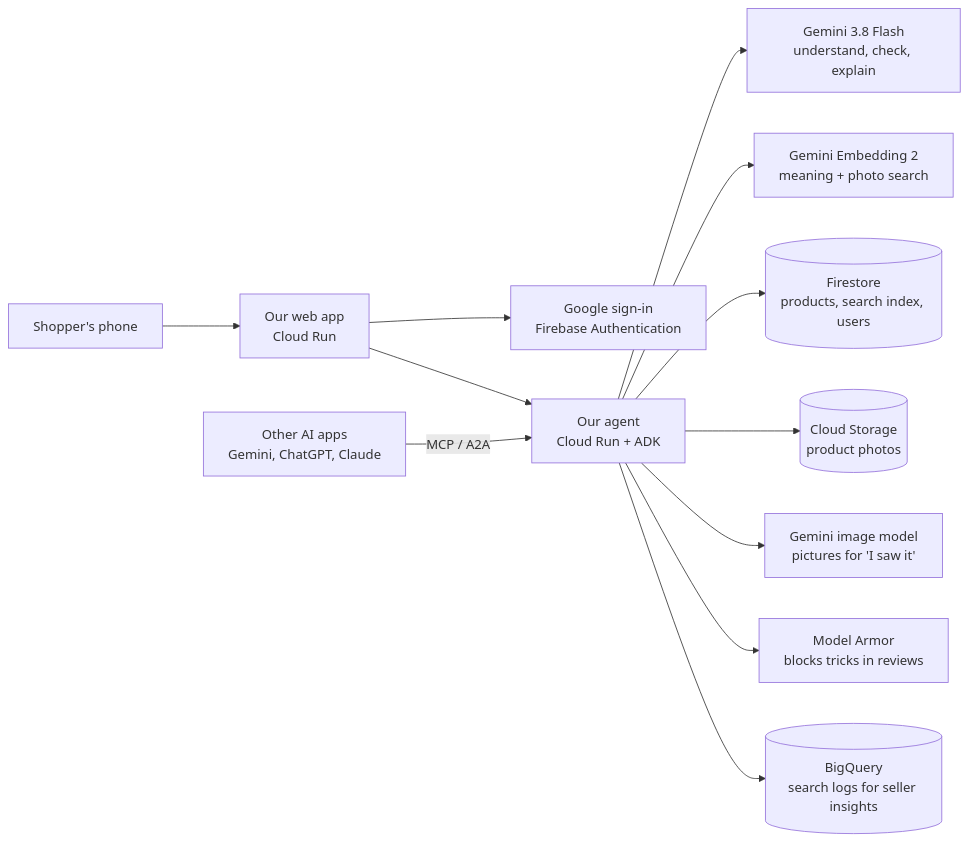
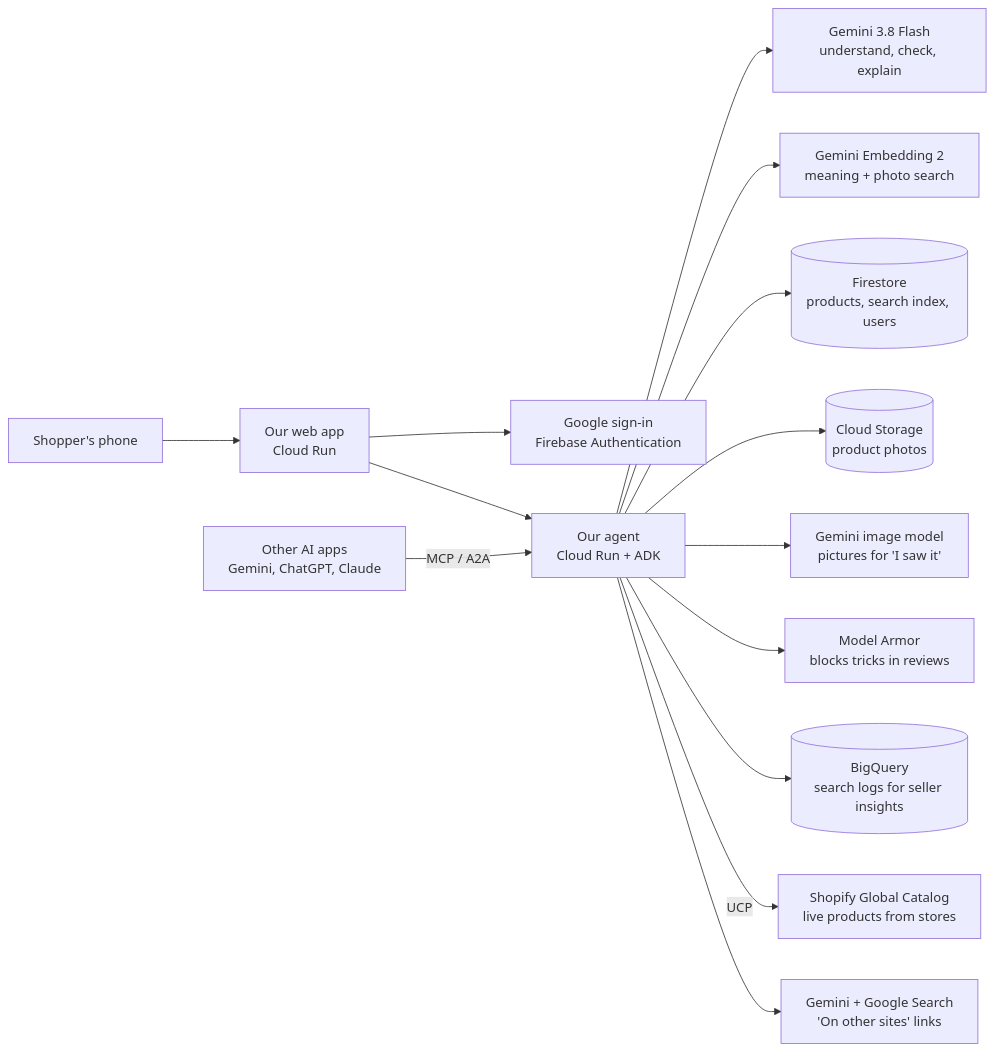
Before and after one commit to sarika-purohit/ecommai: the second of 3 diagrams in PLAN.md, drawn with Mermaid. The commit also changed other lines of this file and 42 other files, not shown here.

Commit message:
Live stores by default: Shopify Global Catalog through UCP, careful checks on store photos and descriptions, 'On other sites' via Gemini + Google Search

````diff
--- a/PLAN.md
+++ b/PLAN.md
@@ -263,14 +277,16 @@
 ```mermaid
 flowchart LR
   U["Shopper's phone"] --> W["Our web app<br/>Cloud Run"]
   W --> AU["Google sign-in<br/>Firebase Authentication"]
   X["Other AI apps<br/>Gemini, ChatGPT, Claude"] -->|"MCP / A2A"| A
   W --> A["Our agent<br/>Cloud Run + ADK"]
   A --> G["Gemini 3.8 Flash<br/>understand, check, explain"]
   A --> E["Gemini Embedding 2<br/>meaning + photo search"]
   A --> F[("Firestore<br/>products, search index, users")]
   A --> S[("Cloud Storage<br/>product photos")]
   A --> N["Gemini image model<br/>pictures for 'I saw it'"]
   A --> M["Model Armor<br/>blocks tricks in reviews"]
   A --> B[("BigQuery<br/>search logs for seller insights")]
+  A -->|"UCP"| SH["Shopify Global Catalog<br/>live products from stores"]
+  A --> GS["Gemini + Google Search<br/>'On other sites' links"]
 ```
````
